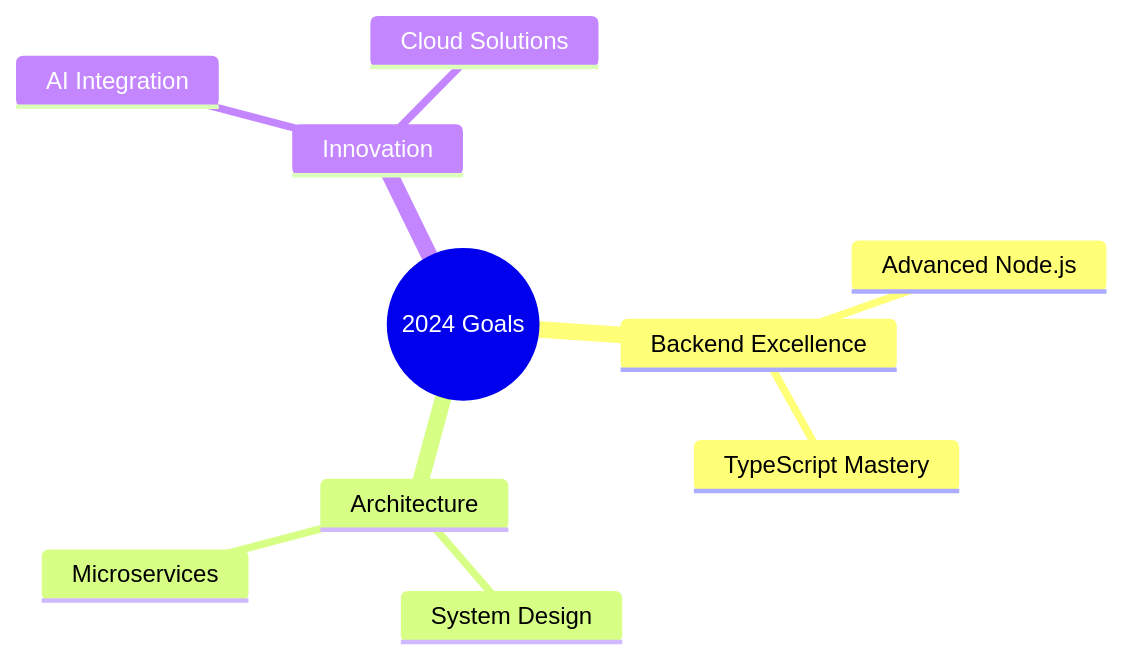
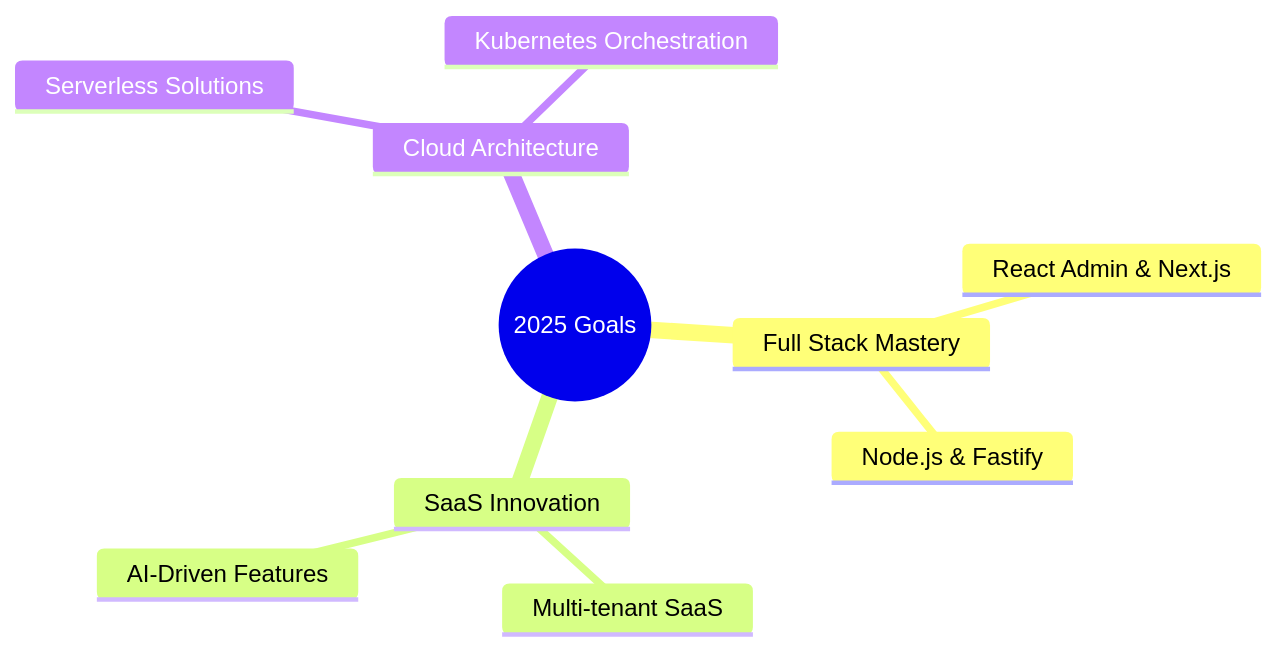
Before and after one commit to nexus-aissam/nexus-aissam: the second of 2 diagrams in README.md, drawn with Mermaid. The commit also changed other lines of this file, not shown here.

````diff
--- a/README.md
+++ b/README.md
@@ -190,13 +212,13 @@
 ```mermaid
 mindmap
-  root((2024 Goals))
-    Backend Excellence
-      Advanced Node.js
-      TypeScript Mastery
-    Architecture
-      System Design
-      Microservices
-    Innovation
-      AI Integration
-      Cloud Solutions
+  root((2025 Goals))
+    Full Stack Mastery
+      React Admin & Next.js
+      Node.js & Fastify
+    SaaS Innovation
+      Multi-tenant SaaS
+      AI-Driven Features
+    Cloud Architecture
+      Serverless Solutions
+      Kubernetes Orchestration
 ```
````
